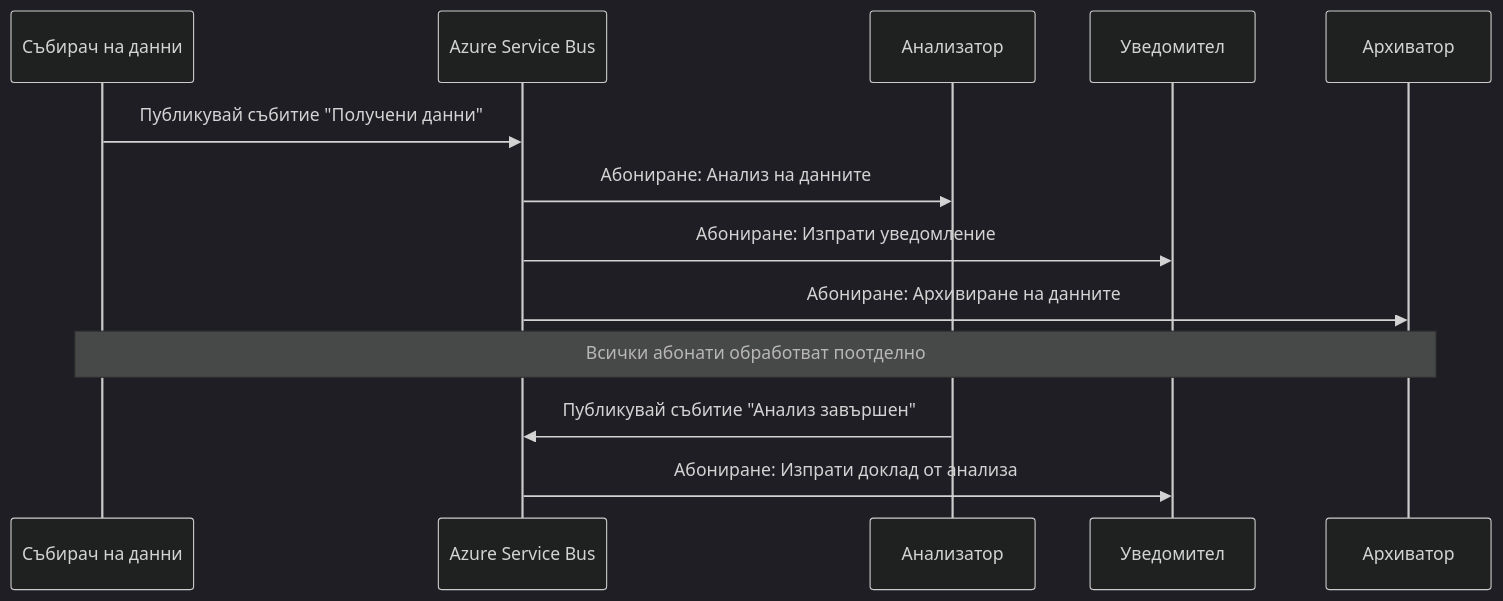
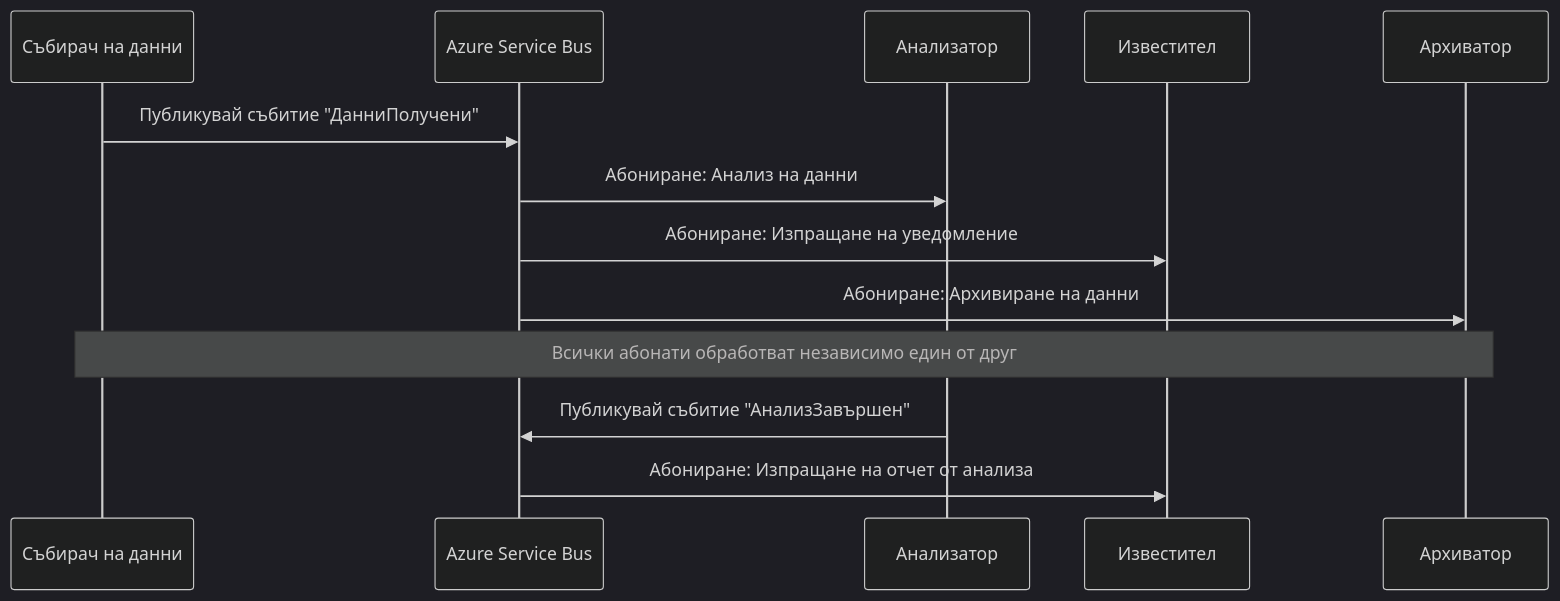
One commit to microsoft/AZD-for-beginners changed the fourth of 6 diagrams in translations/bg/docs/chapter-06-pre-deployment/coordination-patterns.md. Above: the diagram before and after it, drawn with Mermaid (dark theme). The commit also changed other lines of this file and 101 other files, not shown here.

````diff
--- a/translations/bg/docs/chapter-06-pre-deployment/coordination-patterns.md
+++ b/translations/bg/docs/chapter-06-pre-deployment/coordination-patterns.md
@@ -192,18 +185,18 @@
 ```mermaid
 sequenceDiagram
     participant Agent1 as Събирач на данни
     participant EventBus as Azure Service Bus
     participant Agent2 as Анализатор
-    participant Agent3 as Уведомител
+    participant Agent3 as Известител
     participant Agent4 as Архиватор
     
-    Agent1->>EventBus: Публикувай събитие "Получени данни"
-    EventBus->>Agent2: Абониране: Анализ на данните
-    EventBus->>Agent3: Абониране: Изпрати уведомление
-    EventBus->>Agent4: Абониране: Архивиране на данните
+    Agent1->>EventBus: Публикувай събитие "ДанниПолучени"
+    EventBus->>Agent2: Абониране: Анализ на данни
+    EventBus->>Agent3: Абониране: Изпращане на уведомление
+    EventBus->>Agent4: Абониране: Архивиране на данни
     
-    Note over Agent1,Agent4: Всички абонати обработват поотделно
+    Note over Agent1,Agent4: Всички абонати обработват независимо един от друг
     
-    Agent2->>EventBus: Публикувай събитие "Анализ завършен"
-    EventBus->>Agent3: Абониране: Изпрати доклад от анализа
+    Agent2->>EventBus: Публикувай събитие "АнализЗавършен"
+    EventBus->>Agent3: Абониране: Изпращане на отчет от анализа
 ```
````
